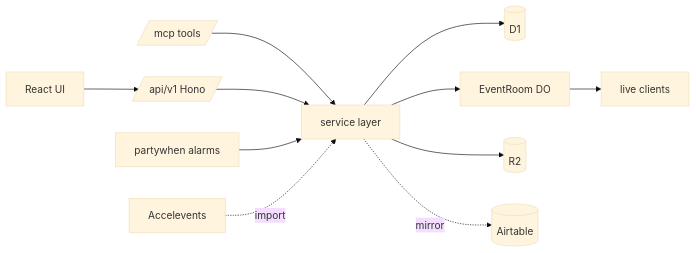
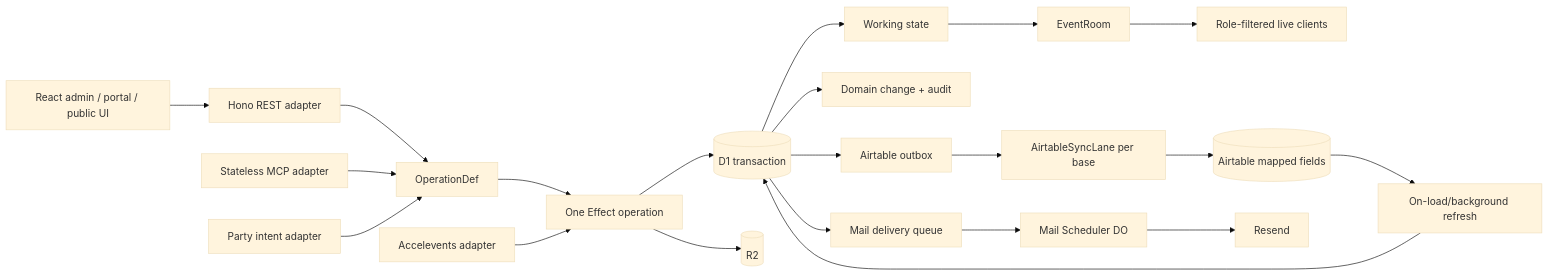
Before and after one commit to jpoehnelt/session-party: the first of 2 diagrams in PLAN.md, drawn with Mermaid (base theme). The commit also changed other lines of this file, not shown here.

Commit message:
docs: add session party execution plan

````diff
--- a/PLAN.md
+++ b/PLAN.md
@@ -36,13 +42,23 @@
 ```mermaid
-graph LR
-  UI[React UI] --> API[/api/v1 Hono/]
-  MCP[/mcp tools/] --> SVC[service layer]
-  API --> SVC
-  SVC --> D1[(D1)]
-  SVC --> DO[EventRoom DO]
-  DO --> WS[live clients]
-  SVC --> R2[(R2)]
-  CRON[partywhen alarms] --> SVC
-  SVC -.mirror.-> AT[(Airtable)]
-  ACC[Accelevents] -.import.-> SVC
+flowchart LR
+  UI[React admin / portal / public UI] --> REST[Hono REST adapter]
+  REST --> OP[OperationDef]
+  MCP[Stateless MCP adapter] --> OP
+  INTENT[Party intent adapter] --> OP
+  OP --> FX[One Effect operation]
+  FX --> TX[(D1 transaction)]
+  TX --> STATE[Working state]
+  TX --> LOG[Domain change + audit]
+  TX --> AOUT[Airtable outbox]
+  TX --> MOUT[Mail delivery queue]
+  STATE --> ROOM[EventRoom]
+  ROOM --> LIVE[Role-filtered live clients]
+  AOUT --> LANE[AirtableSyncLane per base]
+  LANE --> AT[(Airtable mapped fields)]
+  AT --> REFRESH[On-load/background refresh]
+  REFRESH --> TX
+  MOUT --> SCHED[Mail Scheduler DO]
+  SCHED --> RESEND[Resend]
+  FX --> R2[(R2)]
+  ACC[Accelevents adapter] --> FX
 ```
````
